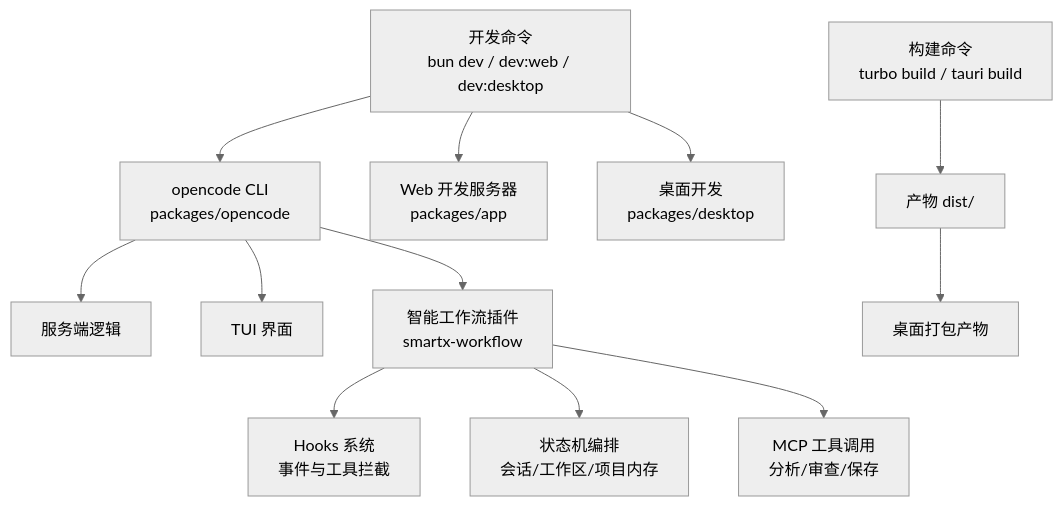
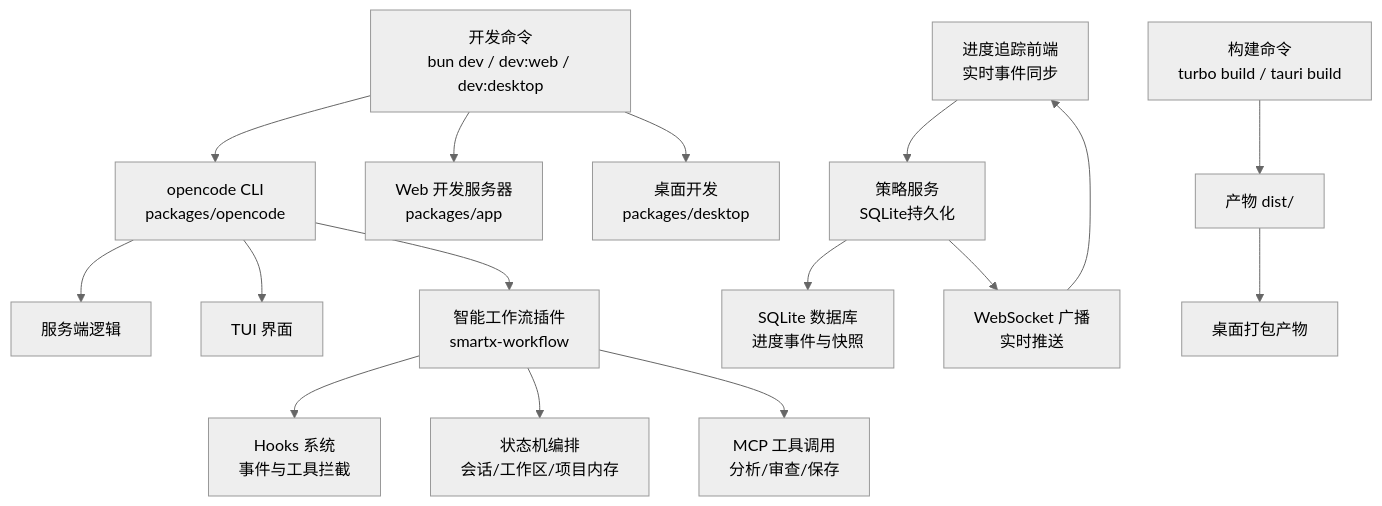
The second of 3 diagrams in .lingma/repowiki/zh/content/开发者指南/开发流程/开发流程.md (89780012/opencode), drawn with Mermaid (neutral theme) before and after one commit. The commit also changed other lines of this file and 3 other files, not shown here.

````diff
--- a/.lingma/repowiki/zh/content/开发者指南/开发流程/开发流程.md
+++ b/.lingma/repowiki/zh/content/开发者指南/开发流程/开发流程.md
@@ -109,14 +135,18 @@
 ```mermaid
 graph TB
 DevCmd["开发命令<br/>bun dev / dev:web / dev:desktop"] --> OpencodeCli["opencode CLI<br/>packages/opencode"]
 DevCmd --> WebDev["Web 开发服务器<br/>packages/app"]
 DevCmd --> DesktopDev["桌面开发<br/>packages/desktop"]
 OpencodeCli --> Server["服务端逻辑"]
 OpencodeCli --> TUI["TUI 界面"]
 OpencodeCli --> SmartxWorkflow["智能工作流插件<br/>smartx-workflow"]
 SmartxWorkflow --> HooksSystem["Hooks 系统<br/>事件与工具拦截"]
 SmartxWorkflow --> StateMachine["状态机编排<br/>会话/工作区/项目内存"]
 SmartxWorkflow --> MCPTools["MCP 工具调用<br/>分析/审查/保存"]
+StrategyFront["进度追踪前端<br/>实时事件同步"] --> StrategyService["策略服务<br/>SQLite持久化"]
+StrategyService --> DB["SQLite 数据库<br/>进度事件与快照"]
+StrategyService --> WebSocket["WebSocket 广播<br/>实时推送"]
+WebSocket --> StrategyFront
 BuildCmd["构建命令<br/>turbo build / tauri build"] --> Dist["产物 dist/"]
 Dist --> DesktopDist["桌面打包产物"]
 ```
````
